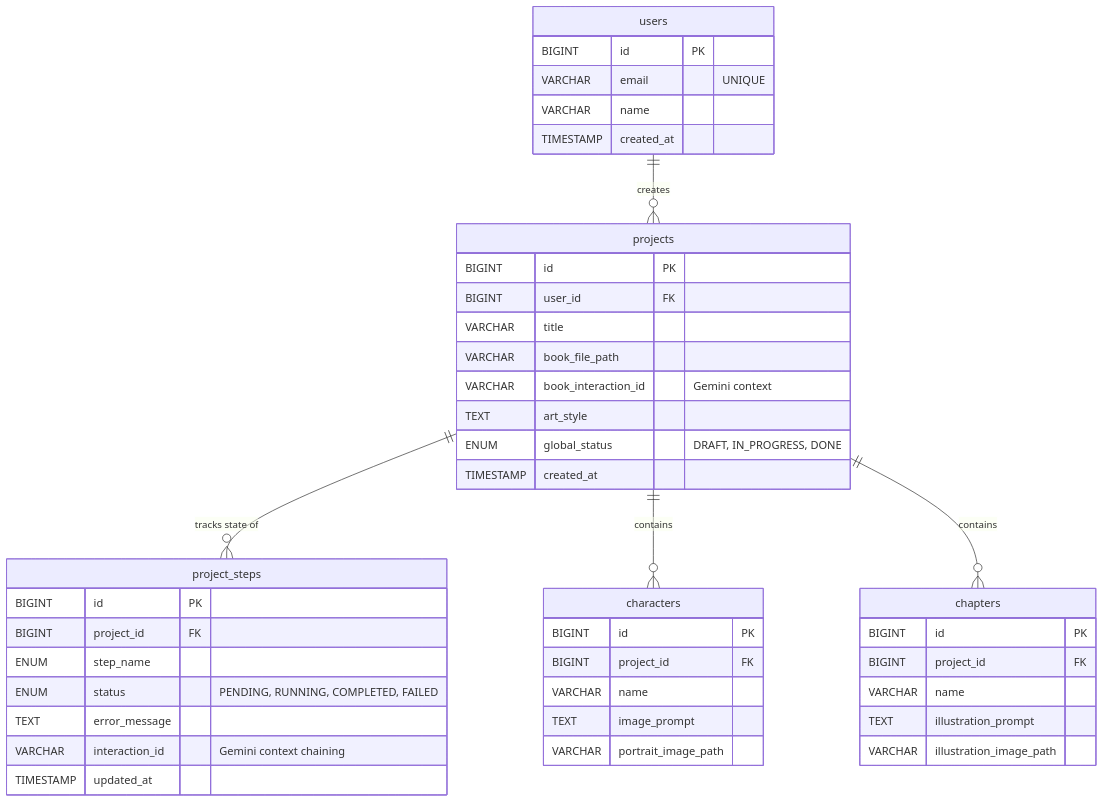
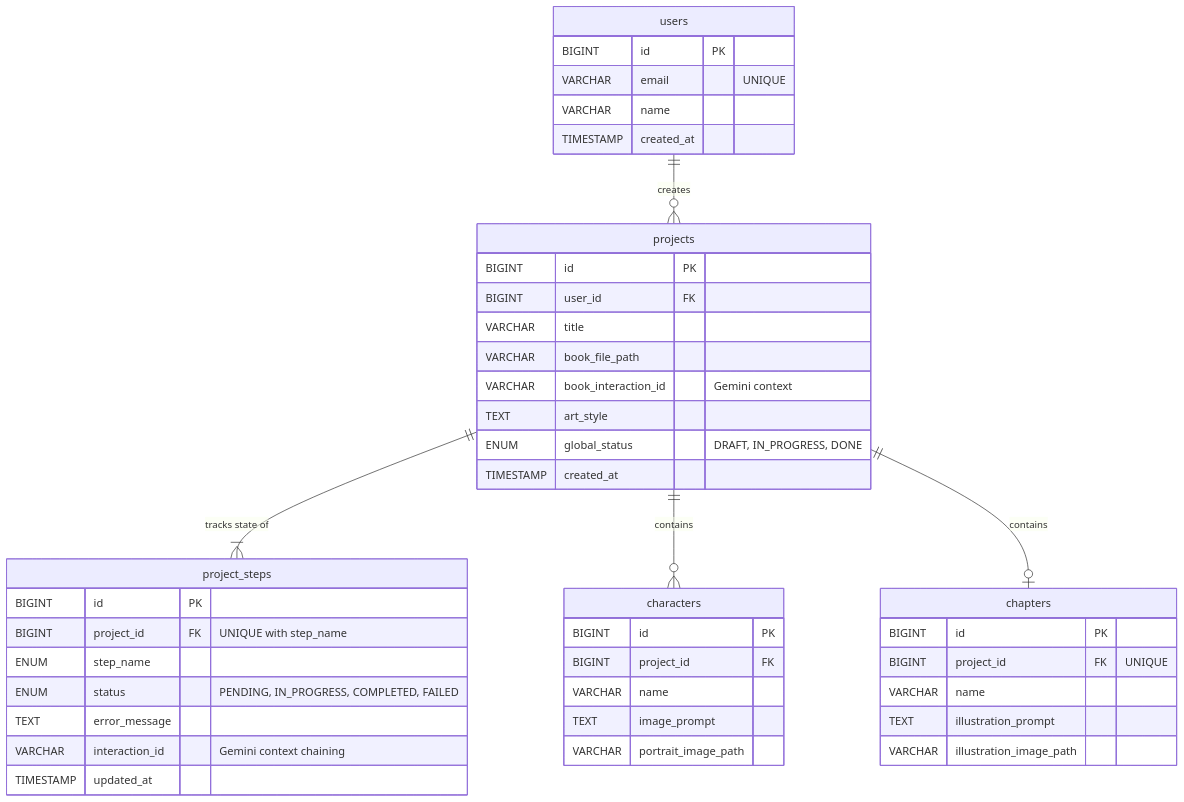
One commit to Hayzen2/Book-Illustrator-Pipeline changed the diagram in docs/architecture.md. Above: the diagram before and after it, drawn with Mermaid. The commit also changed 7 other files, not shown here.

First line of the commit message:
feat(db): init schema, Docker setup, and Spring DB connection

````diff
--- a/docs/architecture.md
+++ b/docs/architecture.md
@@ -18,51 +18,51 @@
 ```mermaid
 erDiagram
     users ||--o{ projects : "creates"
-    projects ||--o{ project_steps : "tracks state of"
+    projects ||--|{ project_steps : "tracks state of"
     projects ||--o{ characters : "contains"
-    projects ||--o{ chapters : "contains"
+    projects ||--o| chapters : "contains" 
 
     users {
         BIGINT id PK
         VARCHAR email "UNIQUE"
         VARCHAR name
         TIMESTAMP created_at
     }
 
     projects {
         BIGINT id PK
         BIGINT user_id FK
         VARCHAR title
         VARCHAR book_file_path
         VARCHAR book_interaction_id "Gemini context"
         TEXT art_style
         ENUM global_status "DRAFT, IN_PROGRESS, DONE"
         TIMESTAMP created_at
     }
 
     project_steps {
         BIGINT id PK
-        BIGINT project_id FK
+        BIGINT project_id FK "UNIQUE with step_name"
         ENUM step_name
-        ENUM status "PENDING, RUNNING, COMPLETED, FAILED"
+        ENUM status "PENDING, IN_PROGRESS, COMPLETED, FAILED"
         TEXT error_message
         VARCHAR interaction_id "Gemini context chaining"
         TIMESTAMP updated_at
     }
 
     characters {
         BIGINT id PK
         BIGINT project_id FK
         VARCHAR name
         TEXT image_prompt
         VARCHAR portrait_image_path
     }
 
     chapters {
         BIGINT id PK
-        BIGINT project_id FK
+        BIGINT project_id FK "UNIQUE"
         VARCHAR name
         TEXT illustration_prompt
         VARCHAR illustration_image_path
     }
 ```
````
